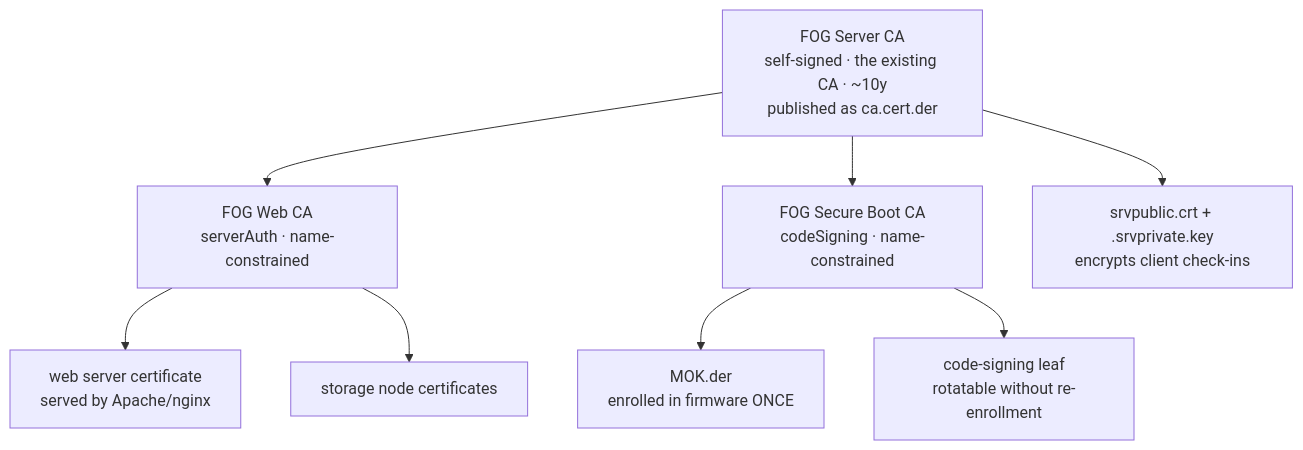
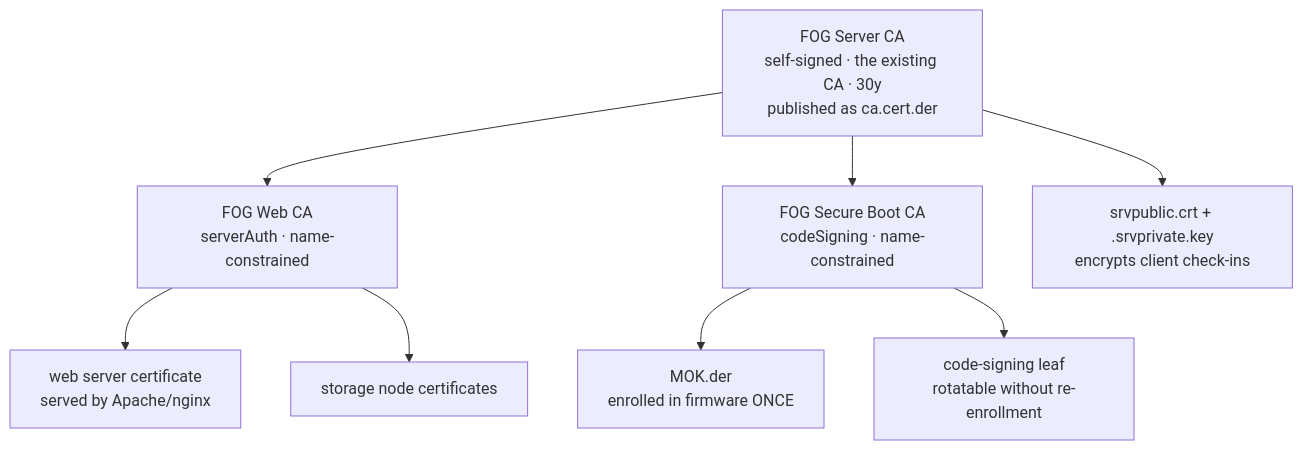
Before and after one commit to FOGProject/fogproject: the diagram in docs/PKI_ZONES.md, drawn with Mermaid. The commit also changed other lines of this file and 5 other files, not shown here.

````diff
--- a/docs/PKI_ZONES.md
+++ b/docs/PKI_ZONES.md
@@ -50,12 +50,12 @@
 ```mermaid
 graph TD
-    Root["FOG Server CA<br/>self-signed · the existing CA · ~10y<br/>published as ca.cert.der"]
+    Root["FOG Server CA<br/>self-signed · the existing CA · 30y<br/>published as ca.cert.der"]
     Root --> WebCA["FOG Web CA<br/>serverAuth · name-constrained"]
     Root --> SBCA["FOG Secure Boot CA<br/>codeSigning · name-constrained"]
     Root --> Comm["srvpublic.crt + .srvprivate.key<br/>encrypts client check-ins"]
 
     WebCA --> WebLeaf["web server certificate<br/>served by Apache/nginx"]
     WebCA --> NodeLeaf["storage node certificates"]
     SBCA --> MOK["MOK.der<br/>enrolled in firmware ONCE"]
     SBCA --> Sign["code-signing leaf<br/>rotatable without re-enrollment"]
 ```
````
